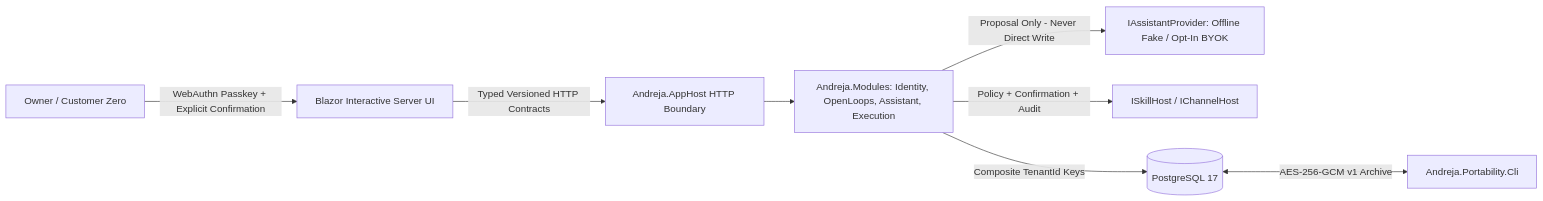
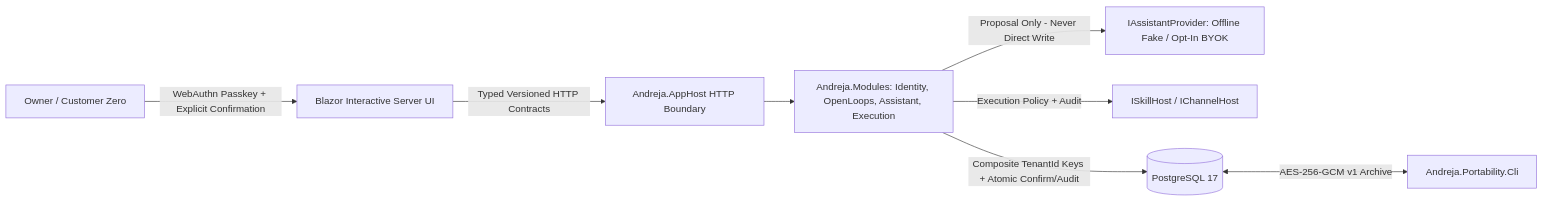
Before and after one commit to Jamula/Andreja: the diagram in docs/project-origin-and-evolution.md, drawn with Mermaid. The commit also changed other lines of this file, not shown here.

````diff
--- a/docs/project-origin-and-evolution.md
+++ b/docs/project-origin-and-evolution.md
@@ -26,10 +26,10 @@
 ```mermaid
 flowchart LR
     U[Owner / Customer Zero] -->|WebAuthn Passkey + Explicit Confirmation| UI[Blazor Interactive Server UI]
     UI -->|Typed Versioned HTTP Contracts| API[Andreja.AppHost HTTP Boundary]
     API --> MOD[Andreja.Modules: Identity, OpenLoops, Assistant, Execution]
     MOD -->|Proposal Only - Never Direct Write| BYOK[IAssistantProvider: Offline Fake / Opt-In BYOK]
-    MOD -->|Policy + Confirmation + Audit| HOST[ISkillHost / IChannelHost]
-    MOD -->|Composite TenantId Keys| PG[(PostgreSQL 17)]
+    MOD -->|Execution Policy + Audit| HOST[ISkillHost / IChannelHost]
+    MOD -->|Composite TenantId Keys + Atomic Confirm/Audit| PG[(PostgreSQL 17)]
     PG <-->|AES-256-GCM v1 Archive| PORT[Andreja.Portability.Cli]
 ```
````
